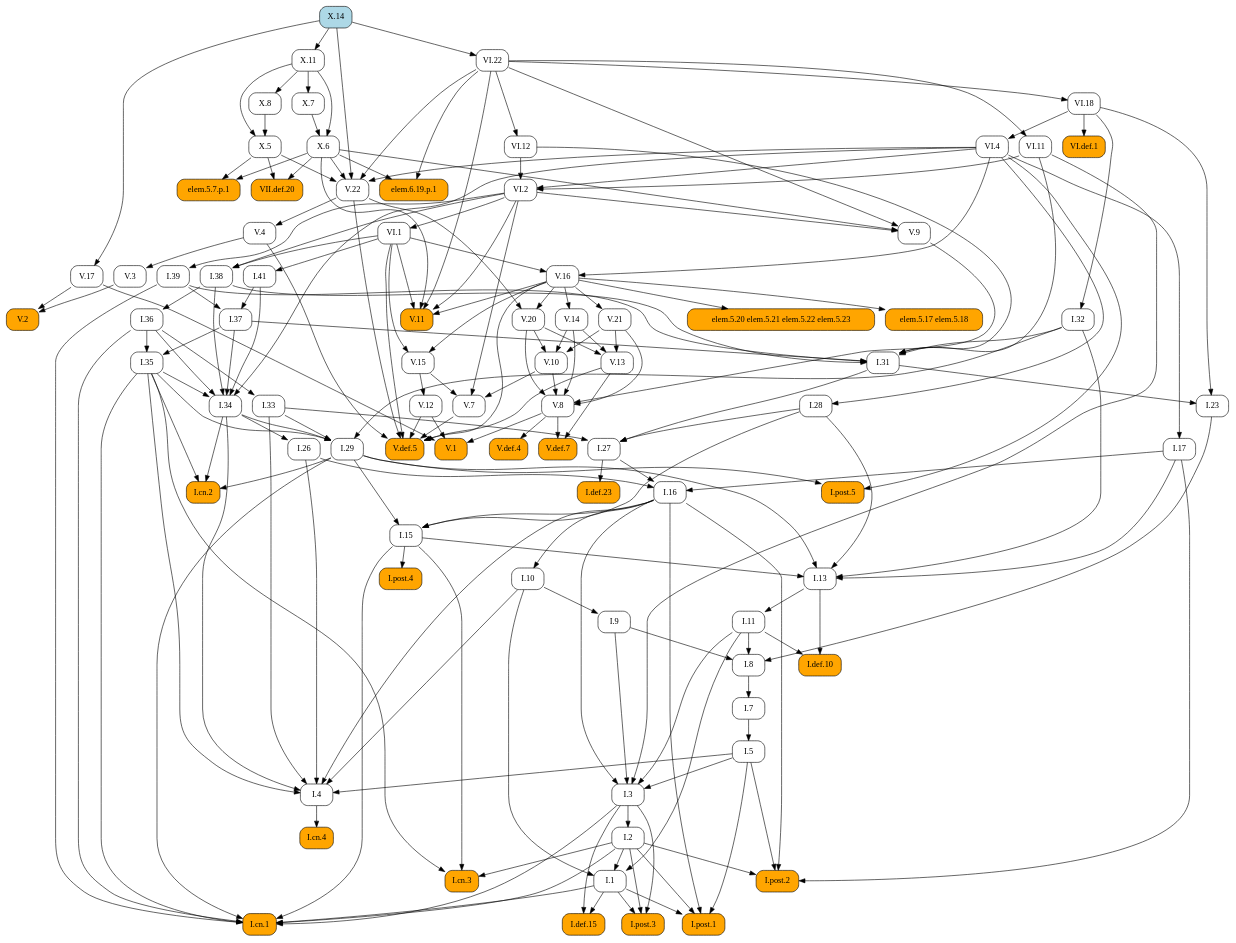
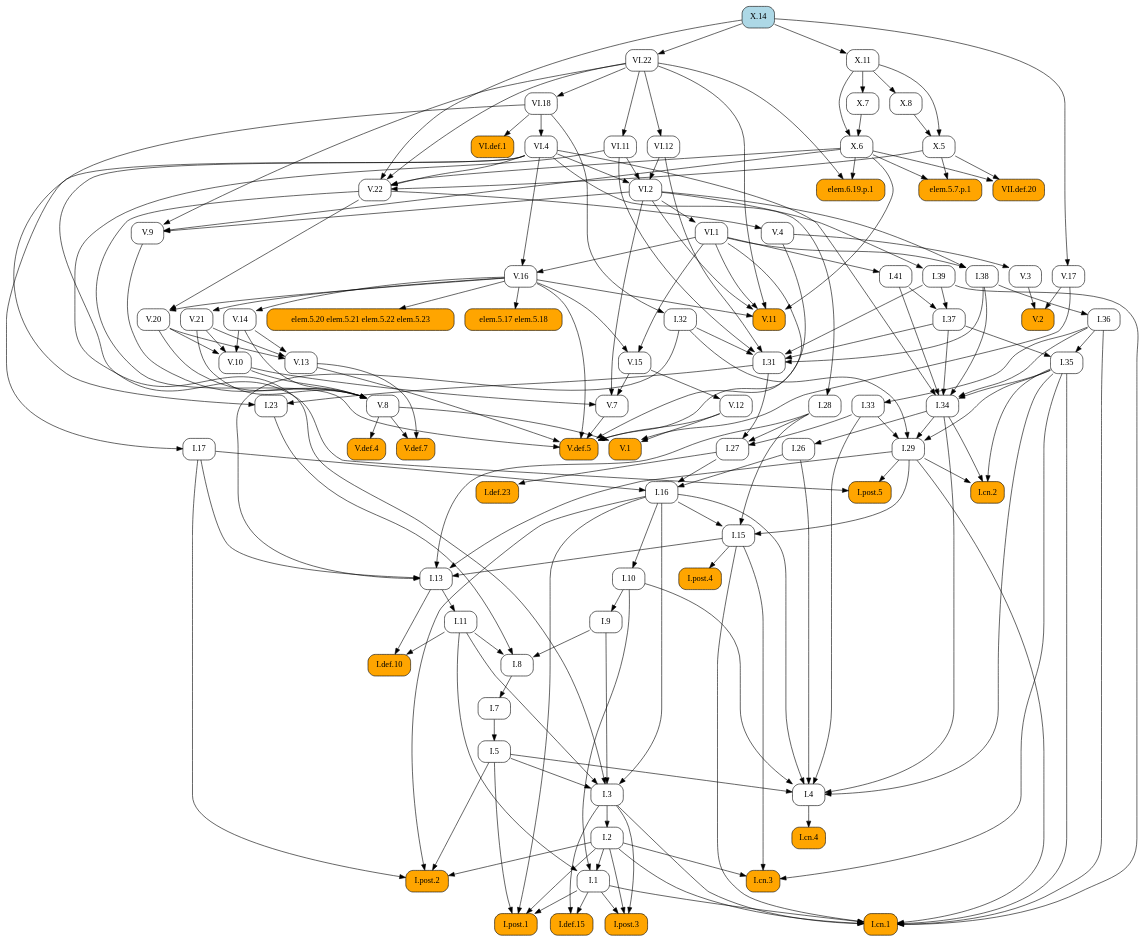
The diagram in docsrc/heath/X/14/index.rst (geometor/elements), drawn with Graphviz before and after one commit. The commit also changed other lines of this file and 1029 other files, not shown here.

```diff
--- a/docsrc/heath/X/14/index.rst
+++ b/docsrc/heath/X/14/index.rst
@@ -47,172 +47,96 @@
    digraph {
      rankdir="TB";
      node [shape=box, style=rounded];
+     "I.def.10" [style="rounded,filled", fillcolor=orange, URL="/heath/I/def.10/", target="_top"];
+     "I.11" [URL="/heath/I/11/", target="_top"];
+     "I.post.4" [style="rounded,filled", fillcolor=orange, URL="/heath/I/post.4/", target="_top"];
+     "I.28" [URL="/heath/I/28/", target="_top"];
+     "I.1" [URL="/heath/I/1/", target="_top"];
+     "VI.18" [URL="/heath/VI/18/", target="_top"];
+     "V.def.5" [style="rounded,filled", fillcolor=orange, URL="/heath/V/def.5/", target="_top"];
+     "V.13" [URL="/heath/V/13/", target="_top"];
+     "V.11" [style="rounded,filled", fillcolor=orange, URL="/heath/V/11/", target="_top"];
+     "I.post.3" [style="rounded,filled", fillcolor=orange, URL="/heath/I/post.3/", target="_top"];
+     "VI.1" [URL="/heath/VI/1/", target="_top"];
+     "I.cn.3" [style="rounded,filled", fillcolor=orange, URL="/heath/I/cn.3/", target="_top"];
+     "V.16" [URL="/heath/V/16/", target="_top"];
+     "VI.11" [URL="/heath/VI/11/", target="_top"];
+     "VI.4" [URL="/heath/VI/4/", target="_top"];
+     "V.3" [URL="/heath/V/3/", target="_top"];
+     "X.7" [URL="/heath/X/7/", target="_top"];
+     "I.36" [URL="/heath/I/36/", target="_top"];
+     "V.8" [URL="/heath/V/8/", target="_top"];
+     "I.27" [URL="/heath/I/27/", target="_top"];
+     "I.41" [URL="/heath/I/41/", target="_top"];
+     "I.37" [URL="/heath/I/37/", target="_top"];
+     "I.34" [URL="/heath/I/34/", target="_top"];
+     "I.2" [URL="/heath/I/2/", target="_top"];
+     "I.def.23" [style="rounded,filled", fillcolor=orange, URL="/heath/I/def.23/", target="_top"];
+     "X.14" [style="rounded,filled", fillcolor=lightblue, URL="/heath/X/14/", target="_top"];
+     "I.17" [URL="/heath/I/17/", target="_top"];
+     "I.33" [URL="/heath/I/33/", target="_top"];
+     "I.post.2" [style="rounded,filled", fillcolor=orange, URL="/heath/I/post.2/", target="_top"];
+     "VI.def.1" [style="rounded,filled", fillcolor=orange, URL="/heath/VI/def.1/", target="_top"];
+     "elem.5.20 elem.5.21 elem.5.22 elem.5.23" [style="rounded,filled", fillcolor=orange];
+     "VI.22" [URL="/heath/VI/22/", target="_top"];
+     "I.9" [URL="/heath/I/9/", target="_top"];
+     "I.32" [URL="/heath/I/32/", target="_top"];
+     "V.def.4" [style="rounded,filled", fillcolor=orange, URL="/heath/V/def.4/", target="_top"];
+     "I.cn.4" [style="rounded,filled", fillcolor=orange, URL="/heath/I/cn.4/", target="_top"];
+     "I.15" [URL="/heath/I/15/", target="_top"];
+     "I.38" [URL="/heath/I/38/", target="_top"];
+     "V.def.7" [style="rounded,filled", fillcolor=orange, URL="/heath/V/def.7/", target="_top"];
+     "VII.def.20" [style="rounded,filled", fillcolor=orange, URL="/heath/VII/def.20/", target="_top"];
+     "I.5" [URL="/heath/I/5/", target="_top"];
+     "V.21" [URL="/heath/V/21/", target="_top"];
+     "I.39" [URL="/heath/I/39/", target="_top"];
+     "VI.12" [URL="/heath/VI/12/", target="_top"];
+     "I.26" [URL="/heath/I/26/", target="_top"];
+     "V.14" [URL="/heath/V/14/", target="_top"];
+     "I.29" [URL="/heath/I/29/", target="_top"];
+     "V.12" [URL="/heath/V/12/", target="_top"];
+     "V.22" [URL="/heath/V/22/", target="_top"];
+     "I.cn.2" [style="rounded,filled", fillcolor=orange, URL="/heath/I/cn.2/", target="_top"];
+     "X.6" [URL="/heath/X/6/", target="_top"];
+     "V.20" [URL="/heath/V/20/", target="_top"];
+     "X.8" [URL="/heath/X/8/", target="_top"];
+     "V.10" [URL="/heath/V/10/", target="_top"];
+     "VI.2" [URL="/heath/VI/2/", target="_top"];
+     "I.def.15" [style="rounded,filled", fillcolor=orange, URL="/heath/I/def.15/", target="_top"];
+     "V.15" [URL="/heath/V/15/", target="_top"];
+     "I.cn.1" [style="rounded,filled", fillcolor=orange, URL="/heath/I/cn.1/", target="_top"];
+     "V.7" [URL="/heath/V/7/", target="_top"];
+     "V.9" [URL="/heath/V/9/", target="_top"];
+     "I.23" [URL="/heath/I/23/", target="_top"];
+     "I.post.1" [style="rounded,filled", fillcolor=orange, URL="/heath/I/post.1/", target="_top"];
+     "elem.6.19.p.1" [style="rounded,filled", fillcolor=orange];
+     "I.35" [URL="/heath/I/35/", target="_top"];
+     "I.7" [URL="/heath/I/7/", target="_top"];
+     "I.3" [URL="/heath/I/3/", target="_top"];
+     "I.4" [URL="/heath/I/4/", target="_top"];
+     "V.17" [URL="/heath/V/17/", target="_top"];
+     "I.13" [URL="/heath/I/13/", target="_top"];
+     "V.4" [URL="/heath/V/4/", target="_top"];
+     "elem.5.7.p.1" [style="rounded,filled", fillcolor=orange];
+     "I.31" [URL="/heath/I/31/", target="_top"];
      "V.1" [style="rounded,filled", fillcolor=orange, URL="/heath/V/1/", target="_top"];
-     "X.7" [URL="/heath/X/7/", target="_top"];
-     "I.29" [URL="/heath/I/29/", target="_top"];
-     "I.7" [URL="/heath/I/7/", target="_top"];
-     "I.27" [URL="/heath/I/27/", target="_top"];
-     "I.def.23" [style="rounded,filled", fillcolor=orange, URL="/heath/I/def.23/", target="_top"];
-     "V.20" [URL="/heath/V/20/", target="_top"];
-     "I.34" [URL="/heath/I/34/", target="_top"];
+     "I.16" [URL="/heath/I/16/", target="_top"];
+     "elem.5.17 elem.5.18" [style="rounded,filled", fillcolor=orange];
+     "X.5" [URL="/heath/X/5/", target="_top"];
+     "X.11" [URL="/heath/X/11/", target="_top"];
      "I.8" [URL="/heath/I/8/", target="_top"];
      "V.2" [style="rounded,filled", fillcolor=orange, URL="/heath/V/2/", target="_top"];
-     "I.9" [URL="/heath/I/9/", target="_top"];
-     "V.22" [URL="/heath/V/22/", target="_top"];
-     "I.post.4" [style="rounded,filled", fillcolor=orange, URL="/heath/I/post.4/", target="_top"];
-     "elem.5.7.p.1" [style="rounded,filled", fillcolor=orange];
-     "I.2" [URL="/heath/I/2/", target="_top"];
-     "V.4" [URL="/heath/V/4/", target="_top"];
-     "I.28" [URL="/heath/I/28/", target="_top"];
-     "VI.4" [URL="/heath/VI/4/", target="_top"];
-     "I.cn.4" [style="rounded,filled", fillcolor=orange, URL="/heath/I/cn.4/", target="_top"];
-     "X.8" [URL="/heath/X/8/", target="_top"];
-     "VI.2" [URL="/heath/VI/2/", target="_top"];
-     "elem.5.20 elem.5.21 elem.5.22 elem.5.23" [style="rounded,filled", fillcolor=orange];
-     "I.23" [URL="/heath/I/23/", target="_top"];
-     "I.13" [URL="/heath/I/13/", target="_top"];
-     "I.5" [URL="/heath/I/5/", target="_top"];
-     "I.11" [URL="/heath/I/11/", target="_top"];
-     "X.6" [URL="/heath/X/6/", target="_top"];
-     "I.4" [URL="/heath/I/4/", target="_top"];
-     "VI.22" [URL="/heath/VI/22/", target="_top"];
-     "I.def.10" [style="rounded,filled", fillcolor=orange, URL="/heath/I/def.10/", target="_top"];
-     "VI.12" [URL="/heath/VI/12/", target="_top"];
-     "I.post.3" [style="rounded,filled", fillcolor=orange, URL="/heath/I/post.3/", target="_top"];
-     "V.9" [URL="/heath/V/9/", target="_top"];
-     "VI.def.1" [style="rounded,filled", fillcolor=orange, URL="/heath/VI/def.1/", target="_top"];
-     "elem.5.17 elem.5.18" [style="rounded,filled", fillcolor=orange];
-     "V.17" [URL="/heath/V/17/", target="_top"];
-     "V.3" [URL="/heath/V/3/", target="_top"];
-     "I.36" [URL="/heath/I/36/", target="_top"];
-     "V.12" [URL="/heath/V/12/", target="_top"];
-     "I.15" [URL="/heath/I/15/", target="_top"];
-     "I.17" [URL="/heath/I/17/", target="_top"];
-     "I.32" [URL="/heath/I/32/", target="_top"];
-     "I.41" [URL="/heath/I/41/", target="_top"];
-     "V.def.5" [style="rounded,filled", fillcolor=orange, URL="/heath/V/def.5/", target="_top"];
-     "I.cn.3" [style="rounded,filled", fillcolor=orange, URL="/heath/I/cn.3/", target="_top"];
-     "X.14" [style="rounded,filled", fillcolor=lightblue, URL="/heath/X/14/", target="_top"];
-     "I.38" [URL="/heath/I/38/", target="_top"];
-     "V.16" [URL="/heath/V/16/", target="_top"];
-     "V.15" [URL="/heath/V/15/", target="_top"];
-     "V.def.4" [style="rounded,filled", fillcolor=orange, URL="/heath/V/def.4/", target="_top"];
-     "V.21" [URL="/heath/V/21/", target="_top"];
-     "V.8" [URL="/heath/V/8/", target="_top"];
-     "V.7" [URL="/heath/V/7/", target="_top"];
-     "VI.18" [URL="/heath/VI/18/", target="_top"];
-     "I.def.15" [style="rounded,filled", fillcolor=orange, URL="/heath/I/def.15/", target="_top"];
-     "VI.11" [URL="/heath/VI/11/", target="_top"];
-     "I.1" [URL="/heath/I/1/", target="_top"];
-     "V.13" [URL="/heath/V/13/", target="_top"];
-     "I.post.1" [style="rounded,filled", fillcolor=orange, URL="/heath/I/post.1/", target="_top"];
-     "X.5" [URL="/heath/X/5/", target="_top"];
-     "VII.def.20" [style="rounded,filled", fillcolor=orange, URL="/heath/VII/def.20/", target="_top"];
-     "elem.6.19.p.1" [style="rounded,filled", fillcolor=orange];
-     "I.26" [URL="/heath/I/26/", target="_top"];
-     "I.33" [URL="/heath/I/33/", target="_top"];
-     "X.11" [URL="/heath/X/11/", target="_top"];
-     "V.def.7" [style="rounded,filled", fillcolor=orange, URL="/heath/V/def.7/", target="_top"];
-     "I.39" [URL="/heath/I/39/", target="_top"];
-     "I.cn.2" [style="rounded,filled", fillcolor=orange, URL="/heath/I/cn.2/", target="_top"];
-     "V.10" [URL="/heath/V/10/", target="_top"];
+     "I.post.5" [style="rounded,filled", fillcolor=orange, URL="/heath/I/post.5/", target="_top"];
      "I.10" [URL="/heath/I/10/", target="_top"];
-     "I.3" [URL="/heath/I/3/", target="_top"];
-     "I.16" [URL="/heath/I/16/", target="_top"];
-     "I.31" [URL="/heath/I/31/", target="_top"];
-     "V.11" [style="rounded,filled", fillcolor=orange, URL="/heath/V/11/", target="_top"];
-     "I.post.2" [style="rounded,filled", fillcolor=orange, URL="/heath/I/post.2/", target="_top"];
-     "I.post.5" [style="rounded,filled", fillcolor=orange, URL="/heath/I/post.5/", target="_top"];
-     "VI.1" [URL="/heath/VI/1/", target="_top"];
-     "I.35" [URL="/heath/I/35/", target="_top"];
-     "I.cn.1" [style="rounded,filled", fillcolor=orange, URL="/heath/I/cn.1/", target="_top"];
-     "I.37" [URL="/heath/I/37/", target="_top"];
-     "V.14" [URL="/heath/V/14/", target="_top"];
-     "V.8" -> "V.1";
-     "V.12" -> "V.1";
-     "V.17" -> "V.1";
-     "X.11" -> "X.7";
-     "I.32" -> "I.29";
-     "I.33" -> "I.29";
-     "I.34" -> "I.29";
-     "I.35" -> "I.29";
-     "I.8" -> "I.7";
-     "I.28" -> "I.27";
-     "I.31" -> "I.27";
-     "I.33" -> "I.27";
-     "I.27" -> "I.def.23";
-     "V.16" -> "V.20";
-     "V.22" -> "V.20";
-     "I.35" -> "I.34";
-     "I.36" -> "I.34";
-     "I.37" -> "I.34";
-     "I.38" -> "I.34";
-     "I.41" -> "I.34";
-     "VI.4" -> "I.34";
-     "I.9" -> "I.8";
-     "I.11" -> "I.8";
-     "I.23" -> "I.8";
-     "V.3" -> "V.2";
-     "V.17" -> "V.2";
-     "I.10" -> "I.9";
-     "VI.4" -> "V.22";
-     "VI.22" -> "V.22";
-     "X.5" -> "V.22";
-     "X.6" -> "V.22";
-     "X.14" -> "V.22";
-     "I.15" -> "I.post.4";
-     "X.5" -> "elem.5.7.p.1";
-     "X.6" -> "elem.5.7.p.1";
-     "I.3" -> "I.2";
-     "V.22" -> "V.4";
-     "VI.4" -> "I.28";
-     "VI.18" -> "VI.4";
-     "I.4" -> "I.cn.4";
-     "X.11" -> "X.8";
-     "VI.4" -> "VI.2";
-     "VI.11" -> "VI.2";
-     "VI.12" -> "VI.2";
-     "V.16" -> "elem.5.20 elem.5.21 elem.5.22 elem.5.23";
-     "I.31" -> "I.23";
-     "VI.18" -> "I.23";
-     "I.15" -> "I.13";
-     "I.17" -> "I.13";
-     "I.28" -> "I.13";
-     "I.29" -> "I.13";
-     "I.32" -> "I.13";
-     "I.7" -> "I.5";
-     "I.13" -> "I.11";
-     "X.7" -> "X.6";
-     "X.11" -> "X.6";
-     "I.5" -> "I.4";
-     "I.10" -> "I.4";
-     "I.16" -> "I.4";
-     "I.26" -> "I.4";
-     "I.33" -> "I.4";
-     "I.34" -> "I.4";
-     "I.35" -> "I.4";
-     "X.14" -> "VI.22";
      "I.11" -> "I.def.10";
      "I.13" -> "I.def.10";
-     "VI.22" -> "VI.12";
-     "I.1" -> "I.post.3";
-     "I.2" -> "I.post.3";
-     "I.3" -> "I.post.3";
-     "VI.2" -> "V.9";
-     "VI.22" -> "V.9";
-     "X.6" -> "V.9";
-     "VI.18" -> "VI.def.1";
-     "V.16" -> "elem.5.17 elem.5.18";
-     "X.14" -> "V.17";
-     "V.4" -> "V.3";
-     "I.38" -> "I.36";
-     "V.15" -> "V.12";
-     "I.16" -> "I.15";
-     "I.28" -> "I.15";
-     "I.29" -> "I.15";
-     "VI.4" -> "I.17";
-     "VI.18" -> "I.32";
-     "VI.1" -> "I.41";
+     "I.13" -> "I.11";
+     "I.15" -> "I.post.4";
+     "VI.4" -> "I.28";
+     "I.2" -> "I.1";
+     "I.10" -> "I.1";
+     "I.11" -> "I.1";
+     "VI.22" -> "VI.18";
      "V.4" -> "V.def.5";
      "V.7" -> "V.def.5";
      "V.12" -> "V.def.5";
@@ -220,86 +144,103 @@
      "V.16" -> "V.def.5";
      "V.22" -> "V.def.5";
      "VI.1" -> "V.def.5";
+     "V.14" -> "V.13";
+     "V.20" -> "V.13";
+     "V.21" -> "V.13";
+     "V.16" -> "V.11";
+     "VI.1" -> "V.11";
+     "VI.2" -> "V.11";
+     "VI.22" -> "V.11";
+     "X.6" -> "V.11";
+     "I.1" -> "I.post.3";
+     "I.2" -> "I.post.3";
+     "I.3" -> "I.post.3";
+     "VI.2" -> "VI.1";
      "I.2" -> "I.cn.3";
      "I.15" -> "I.cn.3";
      "I.35" -> "I.cn.3";
-     "VI.1" -> "I.38";
-     "VI.2" -> "I.38";
      "VI.1" -> "V.16";
      "VI.4" -> "V.16";
-     "V.16" -> "V.15";
-     "VI.1" -> "V.15";
-     "V.8" -> "V.def.4";
-     "V.16" -> "V.21";
+     "VI.22" -> "VI.11";
+     "VI.18" -> "VI.4";
+     "V.4" -> "V.3";
+     "X.11" -> "X.7";
+     "I.38" -> "I.36";
      "V.9" -> "V.8";
      "V.10" -> "V.8";
      "V.14" -> "V.8";
      "V.20" -> "V.8";
      "V.21" -> "V.8";
-     "V.10" -> "V.7";
-     "V.15" -> "V.7";
-     "VI.2" -> "V.7";
-     "VI.22" -> "VI.18";
-     "I.1" -> "I.def.15";
-     "I.3" -> "I.def.15";
-     "VI.22" -> "VI.11";
-     "I.2" -> "I.1";
-     "I.10" -> "I.1";
-     "I.11" -> "I.1";
-     "V.14" -> "V.13";
-     "V.20" -> "V.13";
-     "V.21" -> "V.13";
-     "I.1" -> "I.post.1";
-     "I.2" -> "I.post.1";
-     "I.5" -> "I.post.1";
-     "I.16" -> "I.post.1";
-     "X.8" -> "X.5";
-     "X.11" -> "X.5";
-     "X.5" -> "VII.def.20";
-     "X.6" -> "VII.def.20";
-     "VI.22" -> "elem.6.19.p.1";
-     "X.6" -> "elem.6.19.p.1";
-     "I.34" -> "I.26";
+     "I.28" -> "I.27";
+     "I.31" -> "I.27";
+     "I.33" -> "I.27";
+     "VI.1" -> "I.41";
+     "I.39" -> "I.37";
+     "I.41" -> "I.37";
+     "I.35" -> "I.34";
+     "I.36" -> "I.34";
+     "I.37" -> "I.34";
+     "I.38" -> "I.34";
+     "I.41" -> "I.34";
+     "VI.4" -> "I.34";
+     "I.3" -> "I.2";
+     "I.27" -> "I.def.23";
+     "VI.4" -> "I.17";
      "I.36" -> "I.33";
-     "X.14" -> "X.11";
-     "V.8" -> "V.def.7";
-     "V.13" -> "V.def.7";
-     "VI.2" -> "I.39";
-     "I.29" -> "I.cn.2";
-     "I.34" -> "I.cn.2";
-     "I.35" -> "I.cn.2";
-     "V.14" -> "V.10";
-     "V.20" -> "V.10";
-     "V.21" -> "V.10";
-     "I.16" -> "I.10";
-     "I.5" -> "I.3";
-     "I.9" -> "I.3";
-     "I.11" -> "I.3";
-     "I.16" -> "I.3";
-     "VI.11" -> "I.3";
-     "I.17" -> "I.16";
-     "I.26" -> "I.16";
-     "I.27" -> "I.16";
-     "I.32" -> "I.31";
-     "I.37" -> "I.31";
-     "I.38" -> "I.31";
-     "I.39" -> "I.31";
-     "VI.11" -> "I.31";
-     "VI.12" -> "I.31";
-     "V.16" -> "V.11";
-     "VI.1" -> "V.11";
-     "VI.2" -> "V.11";
-     "VI.22" -> "V.11";
-     "X.6" -> "V.11";
      "I.2" -> "I.post.2";
      "I.5" -> "I.post.2";
      "I.16" -> "I.post.2";
      "I.17" -> "I.post.2";
-     "I.29" -> "I.post.5";
-     "VI.4" -> "I.post.5";
-     "VI.2" -> "VI.1";
-     "I.36" -> "I.35";
-     "I.37" -> "I.35";
+     "VI.18" -> "VI.def.1";
+     "V.16" -> "elem.5.20 elem.5.21 elem.5.22 elem.5.23";
+     "X.14" -> "VI.22";
+     "I.10" -> "I.9";
+     "VI.18" -> "I.32";
+     "V.8" -> "V.def.4";
+     "I.4" -> "I.cn.4";
+     "I.16" -> "I.15";
+     "I.28" -> "I.15";
+     "I.29" -> "I.15";
+     "VI.1" -> "I.38";
+     "VI.2" -> "I.38";
+     "V.8" -> "V.def.7";
+     "V.13" -> "V.def.7";
+     "X.5" -> "VII.def.20";
+     "X.6" -> "VII.def.20";
+     "I.7" -> "I.5";
+     "V.16" -> "V.21";
+     "VI.2" -> "I.39";
+     "VI.22" -> "VI.12";
+     "I.34" -> "I.26";
+     "V.16" -> "V.14";
+     "I.32" -> "I.29";
+     "I.33" -> "I.29";
+     "I.34" -> "I.29";
+     "I.35" -> "I.29";
+     "V.15" -> "V.12";
+     "VI.4" -> "V.22";
+     "VI.22" -> "V.22";
+     "X.5" -> "V.22";
+     "X.6" -> "V.22";
+     "X.14" -> "V.22";
+     "I.29" -> "I.cn.2";
+     "I.34" -> "I.cn.2";
+     "I.35" -> "I.cn.2";
+     "X.7" -> "X.6";
+     "X.11" -> "X.6";
+     "V.16" -> "V.20";
+     "V.22" -> "V.20";
+     "X.11" -> "X.8";
+     "V.14" -> "V.10";
+     "V.20" -> "V.10";
+     "V.21" -> "V.10";
+     "VI.4" -> "VI.2";
+     "VI.11" -> "VI.2";
+     "VI.12" -> "VI.2";
+     "I.1" -> "I.def.15";
+     "I.3" -> "I.def.15";
+     "V.16" -> "V.15";
+     "VI.1" -> "V.15";
      "I.1" -> "I.cn.1";
      "I.2" -> "I.cn.1";
      "I.3" -> "I.cn.1";
@@ -308,7 +249,66 @@
      "I.35" -> "I.cn.1";
      "I.36" -> "I.cn.1";
      "I.39" -> "I.cn.1";
-     "I.39" -> "I.37";
-     "I.41" -> "I.37";
-     "V.16" -> "V.14";
+     "V.10" -> "V.7";
+     "V.15" -> "V.7";
+     "VI.2" -> "V.7";
+     "VI.2" -> "V.9";
+     "VI.22" -> "V.9";
+     "X.6" -> "V.9";
+     "I.31" -> "I.23";
+     "VI.18" -> "I.23";
+     "I.1" -> "I.post.1";
+     "I.2" -> "I.post.1";
+     "I.5" -> "I.post.1";
+     "I.16" -> "I.post.1";
+     "VI.22" -> "elem.6.19.p.1";
+     "X.6" -> "elem.6.19.p.1";
+     "I.36" -> "I.35";
+     "I.37" -> "I.35";
+     "I.8" -> "I.7";
+     "I.5" -> "I.3";
+     "I.9" -> "I.3";
+     "I.11" -> "I.3";
+     "I.16" -> "I.3";
+     "VI.11" -> "I.3";
+     "I.5" -> "I.4";
+     "I.10" -> "I.4";
+     "I.16" -> "I.4";
+     "I.26" -> "I.4";
+     "I.33" -> "I.4";
+     "I.34" -> "I.4";
+     "I.35" -> "I.4";
+     "X.14" -> "V.17";
+     "I.15" -> "I.13";
+     "I.17" -> "I.13";
+     "I.28" -> "I.13";
+     "I.29" -> "I.13";
+     "I.32" -> "I.13";
+     "V.22" -> "V.4";
+     "X.5" -> "elem.5.7.p.1";
+     "X.6" -> "elem.5.7.p.1";
+     "I.32" -> "I.31";
+     "I.37" -> "I.31";
+     "I.38" -> "I.31";
+     "I.39" -> "I.31";
+     "VI.11" -> "I.31";
+     "VI.12" -> "I.31";
+     "V.8" -> "V.1";
+     "V.12" -> "V.1";
+     "V.17" -> "V.1";
+     "I.17" -> "I.16";
+     "I.26" -> "I.16";
+     "I.27" -> "I.16";
+     "V.16" -> "elem.5.17 elem.5.18";
+     "X.8" -> "X.5";
+     "X.11" -> "X.5";
+     "X.14" -> "X.11";
+     "I.9" -> "I.8";
+     "I.11" -> "I.8";
+     "I.23" -> "I.8";
+     "V.3" -> "V.2";
+     "V.17" -> "V.2";
+     "I.29" -> "I.post.5";
+     "VI.4" -> "I.post.5";
+     "I.16" -> "I.10";
    }
```
